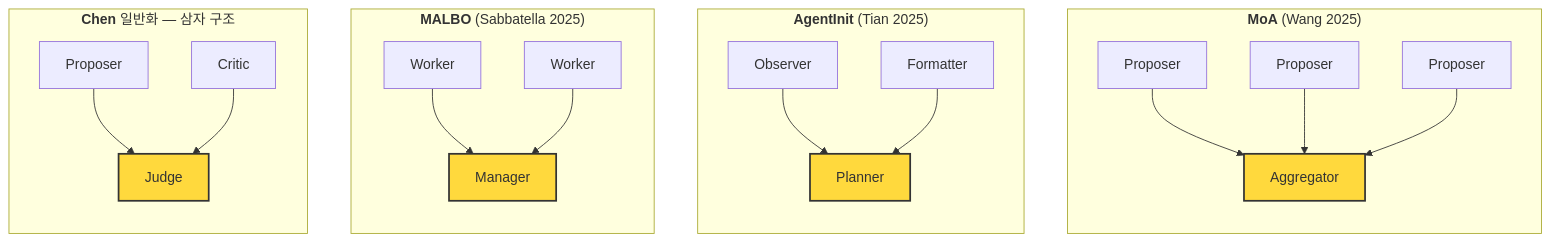
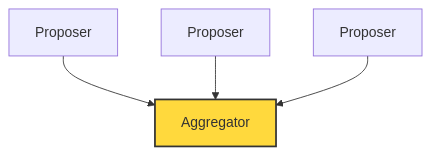
One commit to pheeree/pheeree.github.io changed the first of 5 diagrams in _posts/2026-04-23-orchestrator-convergence.md. Above: the diagram before and after it, drawn with Mermaid. The commit also changed other lines of this file and 10 other files, not shown here.

````diff
--- a/_posts/2026-04-23-orchestrator-convergence.md
+++ b/_posts/2026-04-23-orchestrator-convergence.md
@@ -28,27 +30,8 @@
 ```mermaid
 flowchart TB
-  subgraph MoA["<b>MoA</b> (Wang 2025)"]
-    direction TB
-    Pm1[Proposer] --> Am[Aggregator]
-    Pm2[Proposer] --> Am
-    Pm3[Proposer] --> Am
-  end
-  subgraph AI["<b>AgentInit</b> (Tian 2025)"]
-    direction TB
-    Oa[Observer] --> Pa[Planner]
-    Fa[Formatter] --> Pa
-  end
-  subgraph ML["<b>MALBO</b> (Sabbatella 2025)"]
-    direction TB
-    Wm1[Worker] --> Mm[Manager]
-    Wm2[Worker] --> Mm
-  end
-  subgraph CH["<b>Chen</b> 일반화 — 삼자 구조"]
-    direction TB
-    Pc[Proposer] --> Jc[Judge]
-    Cc[Critic] --> Jc
-  end
-
+  Pm1["Proposer"] --> Am["Aggregator"]
+  Pm2["Proposer"] --> Am
+  Pm3["Proposer"] --> Am
   classDef judge fill:#ffd93d,stroke:#333,stroke-width:2px
-  class Am,Pa,Mm,Jc judge
+  class Am judge
 ```
````
